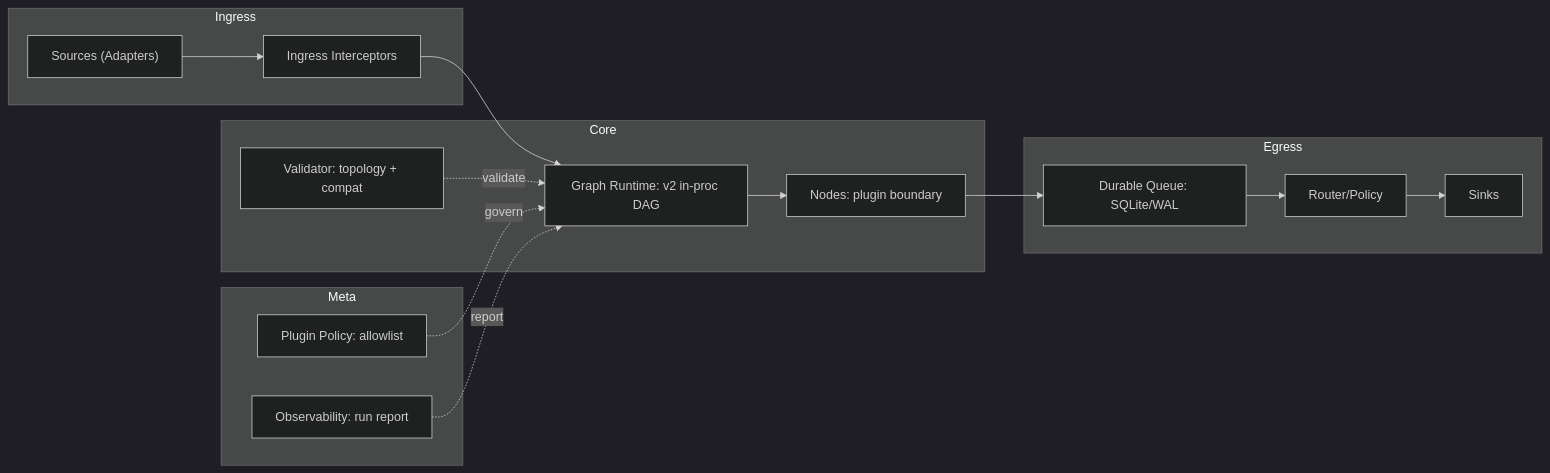
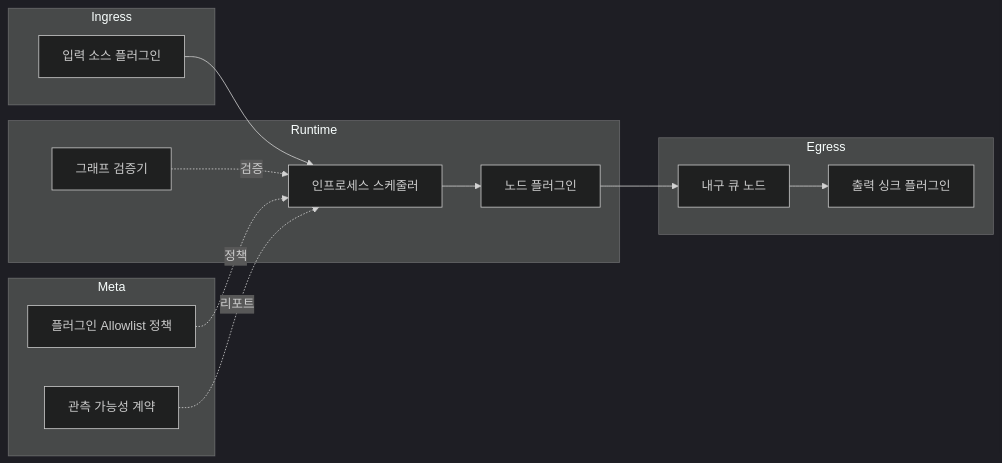
One commit to KyunghoCha/schnitzel-stream-platform changed the second of 2 diagrams in README.md. Above: the diagram before and after it, drawn with Mermaid (dark theme). The commit also changed other lines of this file and 6 other files, not shown here.

````diff
--- a/README.md
+++ b/README.md
@@ -259,29 +158,27 @@
 ```mermaid
 flowchart LR
   subgraph Ingress["Ingress"]
-    S["Sources (Adapters)"]
-    I["Ingress Interceptors"]
+    S["입력 소스 플러그인"]
   end
 
-  subgraph Core["Core"]
-    V["Validator: topology + compat"]
-    G["Graph Runtime: v2 in-proc DAG"]
-    N["Nodes: plugin boundary"]
+  subgraph Runtime["Runtime"]
+    V["그래프 검증기"]
+    G["인프로세스 스케줄러"]
+    N["노드 플러그인"]
   end
 
   subgraph Egress["Egress"]
-    Q["Durable Queue: SQLite/WAL"]
-    R["Router/Policy"]
-    K["Sinks"]
+    D["내구 큐 노드"]
+    K["출력 싱크 플러그인"]
   end
 
   subgraph Meta["Meta"]
-    P["Plugin Policy: allowlist"]
-    O["Observability: run report"]
+    P["플러그인 Allowlist 정책"]
+    O["관측 가능성 계약"]
   end
 
-  S --> I --> G --> N --> Q --> R --> K
-  V -. validate .-> G
-  P -. govern .-> G
-  O -. report .-> G
+  S --> G --> N --> D --> K
+  V -."검증".-> G
+  P -."정책".-> G
+  O -."리포트".-> G
 ```
````
